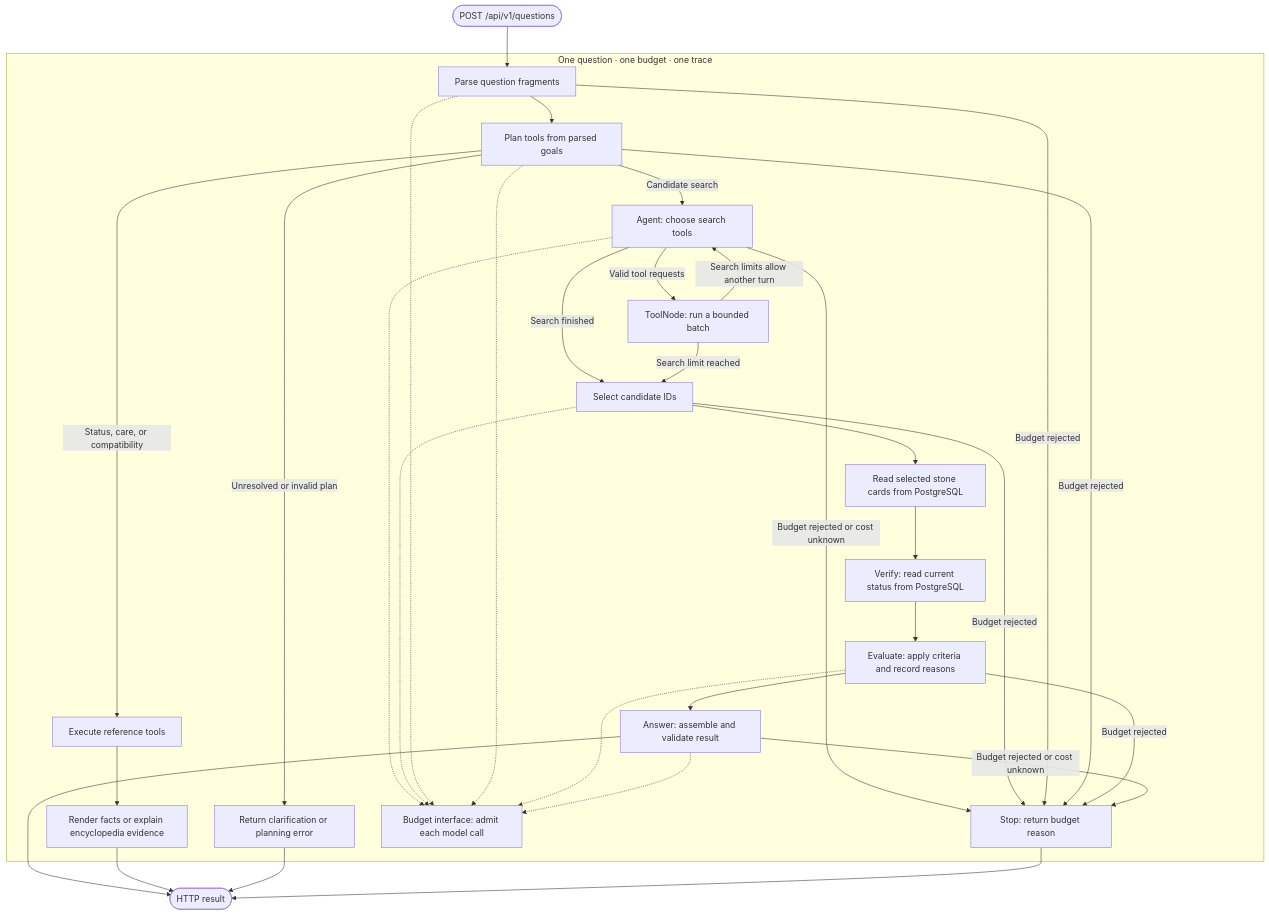
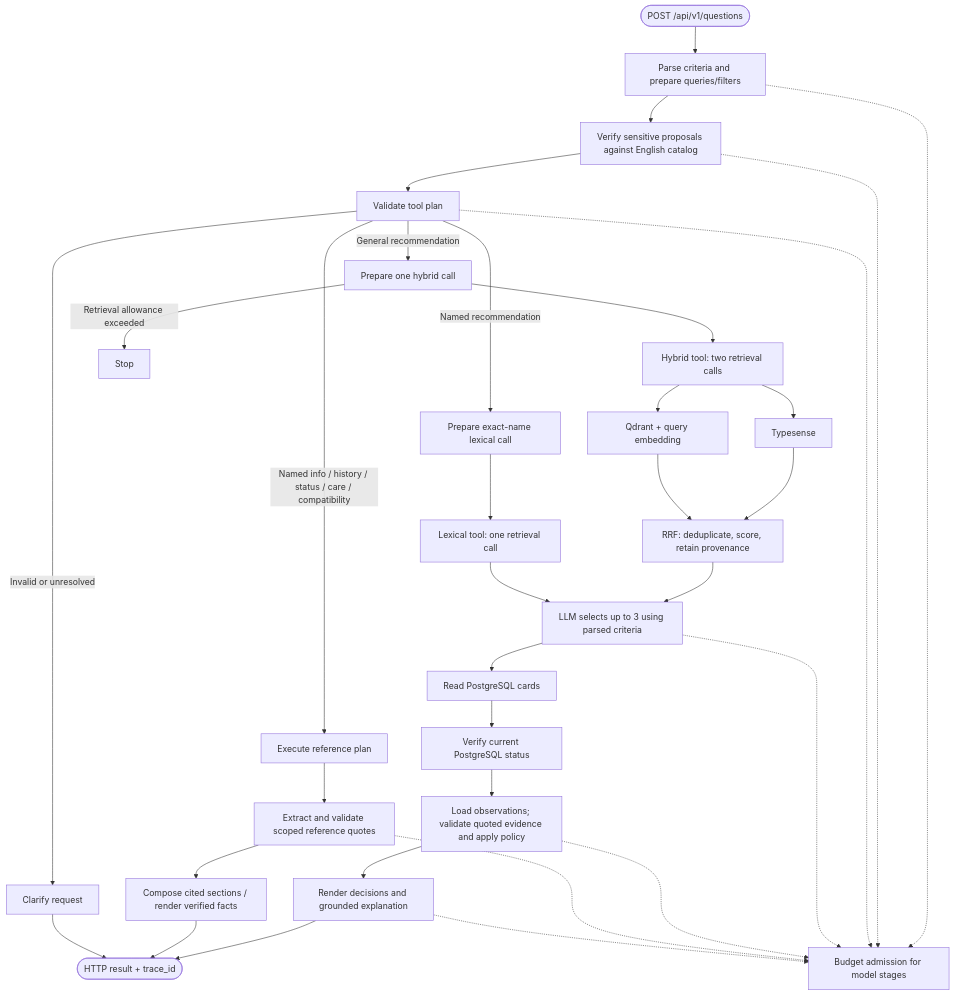
One commit to PreChatGPTSenior/stone-shelter-assistant changed the diagram in docs/phase-2-search-workflow-diagram.md. Above: the diagram before and after it, drawn with Mermaid. The commit also changed 72 other files, not shown here.

Commit message:
PY-037: checkpoint hybrid search, semantic grounding and case history

````diff
--- a/docs/phase-2-search-workflow-diagram.md
+++ b/docs/phase-2-search-workflow-diagram.md
@@ -1,52 +3,35 @@
 ```mermaid
 flowchart TD
-    request([POST /api/v1/questions]) --> parse
-
-    subgraph run[One question · one budget · one trace]
-        agent[Agent: choose search tools]
-        tools[ToolNode: run a bounded batch]
-        select[Select candidate IDs]
-        parse[Parse question fragments]
-        plan[Plan tools from parsed goals]
-        facts[Execute reference tools]
-        facts_answer[Render facts or explain encyclopedia evidence]
-        clarify[Return clarification or planning error]
-        cards[Read selected stone cards from PostgreSQL]
-        verify[Verify: read current status from PostgreSQL]
-        evaluate[Evaluate: apply criteria and record reasons]
-        answer[Answer: assemble and validate result]
-        stop[Stop: return budget reason]
-        budget[Budget interface: admit each model call]
-
-        agent -->|Valid tool requests| tools
-        agent -->|Search finished| select
-        tools -->|Search limits allow another turn| agent
-        tools -->|Search limit reached| select
-        parse --> plan
-        plan -->|Candidate search| agent
-        plan -->|Status, care, or compatibility| facts
-        plan -->|Unresolved or invalid plan| clarify
-        facts --> facts_answer
-        select --> cards
-        cards --> verify
-        verify --> evaluate
-        evaluate --> answer
-        agent -->|Budget rejected or cost unknown| stop
-        select -->|Budget rejected| stop
-        parse -->|Budget rejected| stop
-        plan -->|Budget rejected| stop
-        evaluate -->|Budget rejected| stop
-        answer -->|Budget rejected or cost unknown| stop
-        agent -.-> budget
-        select -.-> budget
-        parse -.-> budget
-        plan -.-> budget
-        evaluate -.-> budget
-        answer -.-> budget
-    end
-
-    answer --> response([HTTP result])
-    facts_answer --> response
-    clarify --> response
-    stop --> response
+    request([POST /api/v1/questions]) --> parse[Parse criteria and prepare queries/filters]
+    parse --> grounding[Verify sensitive proposals against English catalog]
+    grounding --> plan[Validate tool plan]
+    plan -->|General recommendation| prepared[Prepare one hybrid call]
+    plan -->|Named recommendation| named[Prepare exact-name lexical call]
+    plan -->|Named info / history / status / care / compatibility| facts[Execute reference plan]
+    plan -->|Invalid or unresolved| clarify[Clarify request]
+    prepared --> hybrid[Hybrid tool: two retrieval calls]
+    hybrid --> ts[Typesense]
+    hybrid --> q[Qdrant + query embedding]
+    ts --> rrf[RRF: deduplicate, score, retain provenance]
+    q --> rrf
+    named --> lexical[Lexical tool: one retrieval call]
+    rrf --> select[LLM selects up to 3 using parsed criteria]
+    lexical --> select
+    select --> cards[Read PostgreSQL cards]
+    cards --> verify[Verify current PostgreSQL status]
+    verify --> evaluate[Load observations; validate quoted evidence and apply policy]
+    evaluate --> answer[Render decisions and grounded explanation]
+    facts --> referenceEvidence[Extract and validate scoped reference quotes]
+    referenceEvidence --> reference[Compose cited sections / render verified facts]
+    answer --> result([HTTP result + trace_id])
+    reference --> result
+    clarify --> result
+    prepared -->|Retrieval allowance exceeded| stop[Stop]
+    parse -.-> budget[Budget admission for model stages]
+    grounding -.-> budget
+    plan -.-> budget
+    select -.-> budget
+    evaluate -.-> budget
+    referenceEvidence -.-> budget
+    answer -.-> budget
 ```
````
